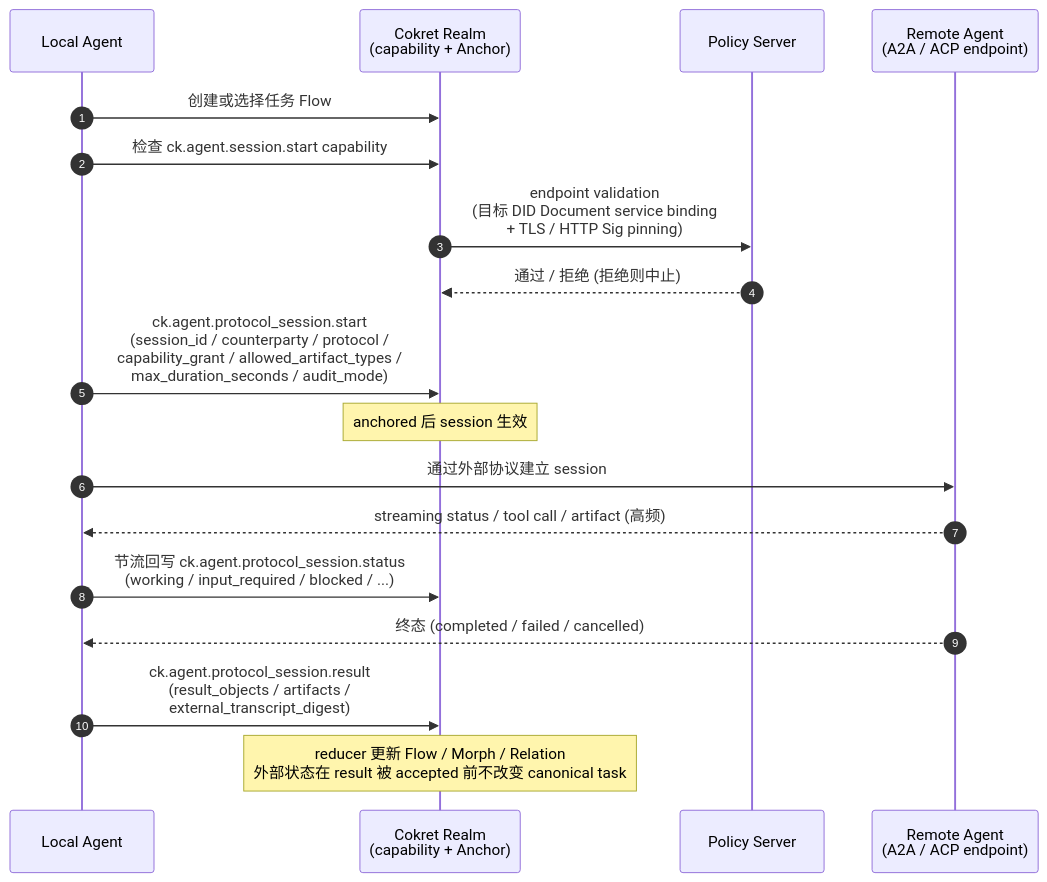
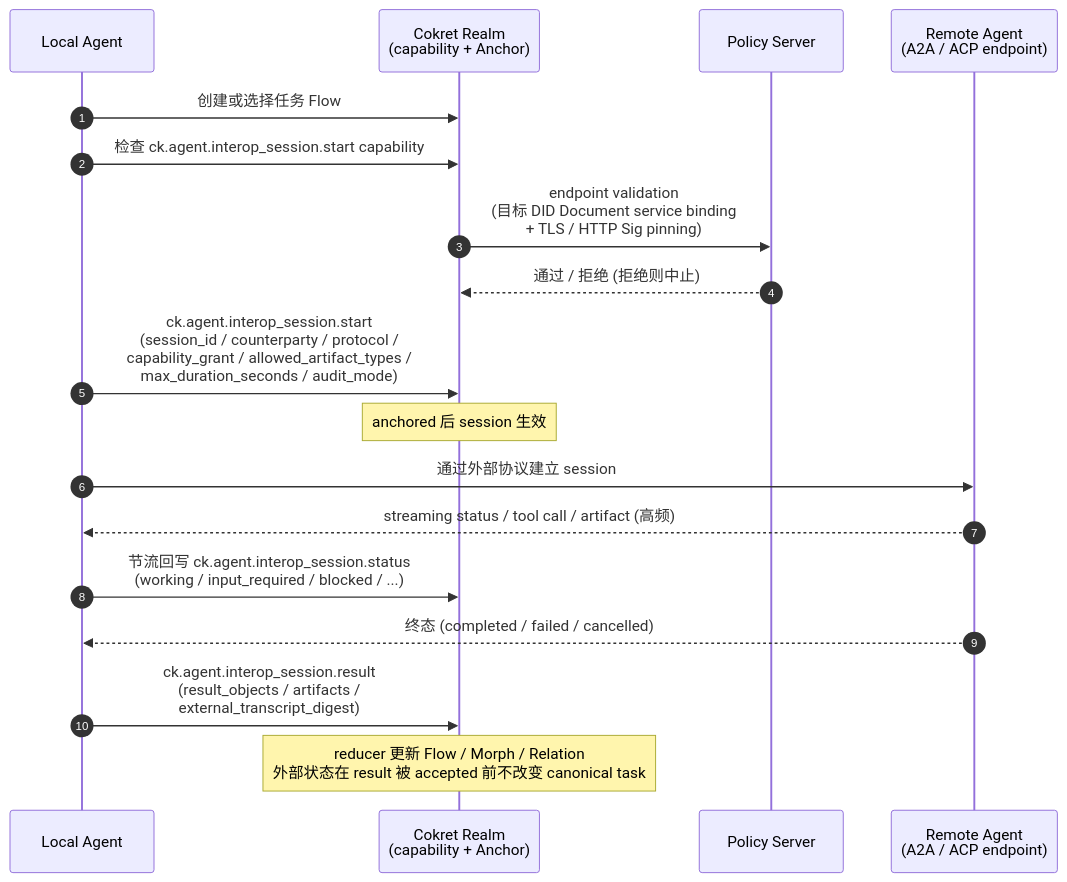
Before and after one commit to arkret-org/arkret-spec: the diagram in spec/v1/zh/extensions/agent-protocol-interop.md, drawn with Mermaid. The commit also changed other lines of this file and 26 other files, not shown here.

First line of the commit message:
Refactor agent protocol session identifiers and capabilities

````diff
--- a/spec/v1/zh/extensions/agent-protocol-interop.md
+++ b/spec/v1/zh/extensions/agent-protocol-interop.md
@@ -265,23 +265,23 @@
 ```mermaid
 sequenceDiagram
     autonumber
     participant LocalAg as Local Agent
     participant Cx as Cokret Realm<br>(capability + Anchor)
     participant Pol as Policy Server
     participant Remote as Remote Agent<br>(A2A / ACP endpoint)
 
     LocalAg->>Cx: 创建或选择任务 Flow
-    LocalAg->>Cx: 检查 ck.agent.session.start capability
+    LocalAg->>Cx: 检查 ck.agent.interop_session.start capability
     Cx->>Pol: endpoint validation<br>(目标 DID Document service binding<br> + TLS / HTTP Sig pinning)
     Pol-->>Cx: 通过 / 拒绝 (拒绝则中止)
-    LocalAg->>Cx: ck.agent.protocol_session.start<br>(session_id / counterparty / protocol /<br> capability_grant / allowed_artifact_types /<br> max_duration_seconds / audit_mode)
+    LocalAg->>Cx: ck.agent.interop_session.start<br>(session_id / counterparty / protocol /<br> capability_grant / allowed_artifact_types /<br> max_duration_seconds / audit_mode)
     note over Cx: anchored 后 session 生效
 
     LocalAg->>Remote: 通过外部协议建立 session
     Remote-->>LocalAg: streaming status / tool call / artifact (高频)
-    LocalAg->>Cx: 节流回写 ck.agent.protocol_session.status<br>(working / input_required / blocked / ...)
+    LocalAg->>Cx: 节流回写 ck.agent.interop_session.status<br>(working / input_required / blocked / ...)
 
     Remote-->>LocalAg: 终态 (completed / failed / cancelled)
-    LocalAg->>Cx: ck.agent.protocol_session.result<br>(result_objects / artifacts /<br> external_transcript_digest)
+    LocalAg->>Cx: ck.agent.interop_session.result<br>(result_objects / artifacts /<br> external_transcript_digest)
     note over Cx: reducer 更新 Flow / Morph / Relation<br>外部状态在 result 被 accepted 前不改变 canonical task
 ```
````
